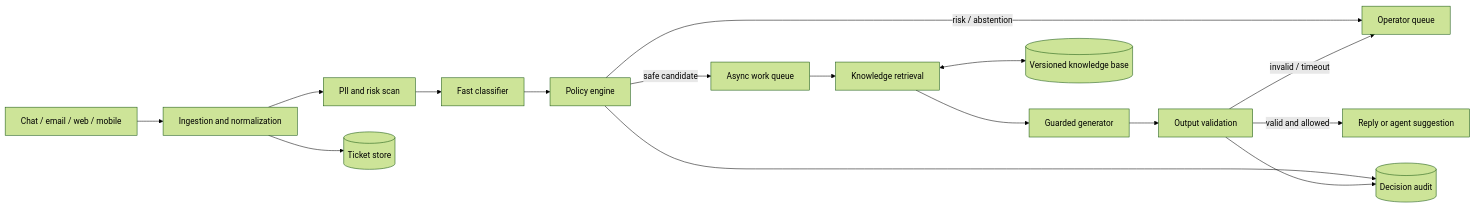
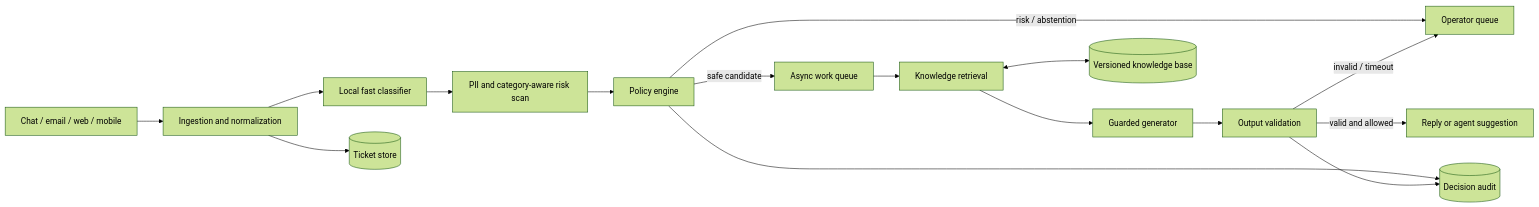
The diagram in docs/architecture.md (mtKepochka/ITMO_TASK2), drawn with Mermaid (forest theme) before and after one commit. The commit also changed other lines of this file and 7 other files, not shown here.

````diff
--- a/docs/architecture.md
+++ b/docs/architecture.md
@@ -13,18 +13,18 @@
 ```mermaid
 flowchart LR
     C[Chat / email / web / mobile] --> I[Ingestion and normalization]
-    I --> R[PII and risk scan]
-    R --> M[Fast classifier]
-    M --> P[Policy engine]
+    I --> M[Local fast classifier]
+    M --> R[PII and category-aware risk scan]
+    R --> P[Policy engine]
     P -->|risk / abstention| O[Operator queue]
     P -->|safe candidate| Q[Async work queue]
     Q --> K[Knowledge retrieval]
     K --> G[Guarded generator]
     G --> V[Output validation]
     V -->|valid and allowed| A[Reply or agent suggestion]
     V -->|invalid / timeout| O
     K <--> KB[(Versioned knowledge base)]
     I --> D[(Ticket store)]
     P --> U[(Decision audit)]
     V --> U
 ```
````
